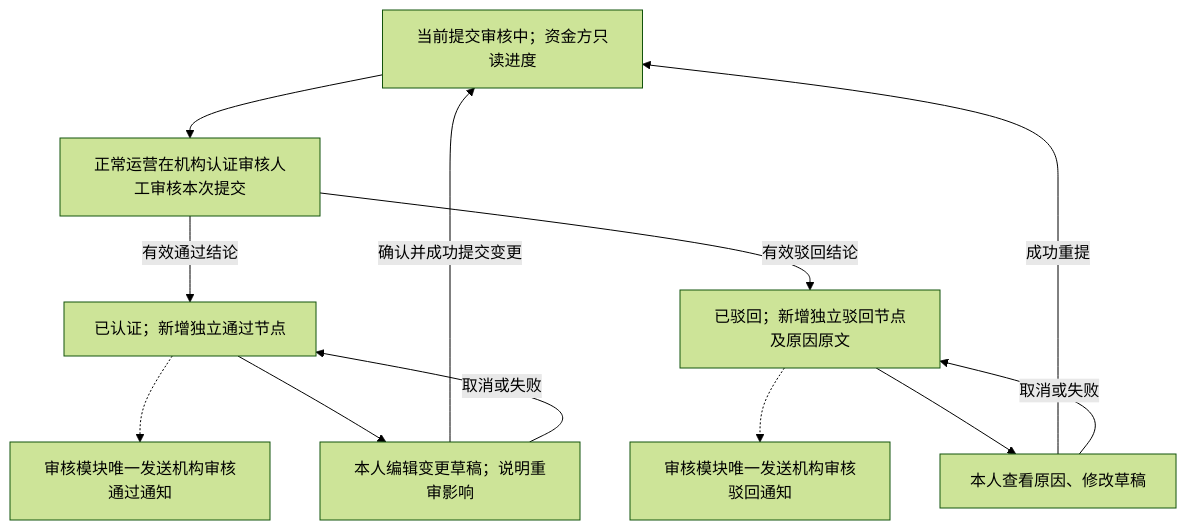
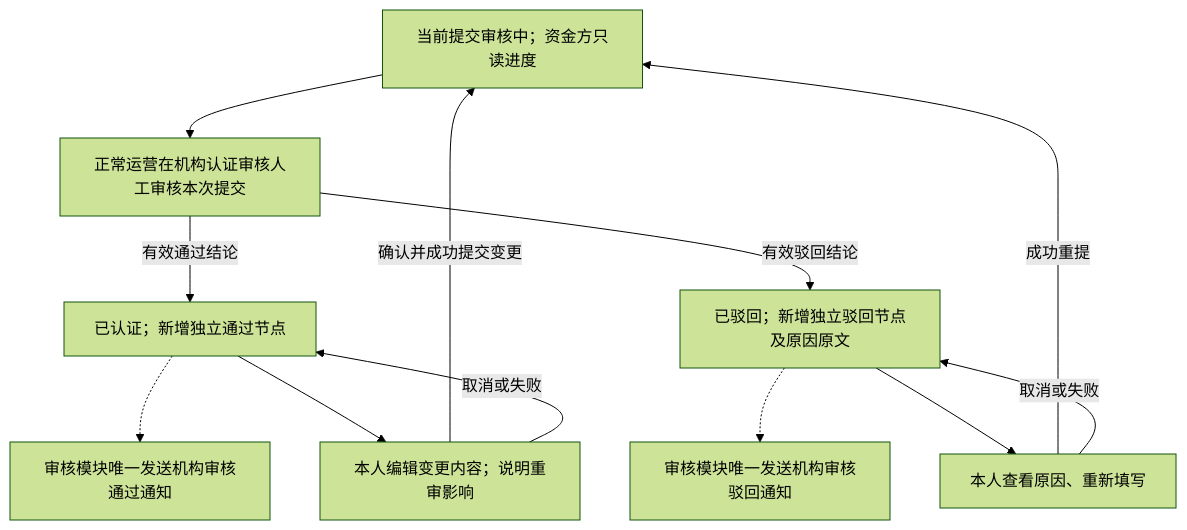
The third of 9 diagrams in lending-platform/PRD/v2.0-登录与账户体系/02-资金方登录与账户体系-流程图与状态机.md (wxblockchain/Chain-Financing), drawn with Mermaid (forest theme) before and after one commit. The commit also changed other lines of this file and 5 other files, not shown here.

````diff
--- a/lending-platform/PRD/v2.0-登录与账户体系/02-资金方登录与账户体系-流程图与状态机.md
+++ b/lending-platform/PRD/v2.0-登录与账户体系/02-资金方登录与账户体系-流程图与状态机.md
@@ -79,14 +80,14 @@
 ```mermaid
 flowchart TD
     A[当前提交审核中；资金方只读进度] --> B[正常运营在机构认证审核人工审核本次提交]
     B -->|有效通过结论| C[已认证；新增独立通过节点]
     B -->|有效驳回结论| D[已驳回；新增独立驳回节点及原因原文]
     C -.-> N[审核模块唯一发送机构审核通过通知]
     D -.-> O[审核模块唯一发送机构审核驳回通知]
-    D --> E[本人查看原因、修改草稿]
-    C --> F[本人编辑变更草稿；说明重审影响]
+    D --> E[本人查看原因、重新填写]
+    C --> F[本人编辑变更内容；说明重审影响]
     E -->|成功重提| A
     F -->|确认并成功提交变更| A
     E -->|取消或失败| D
     F -->|取消或失败| C
 ```
````
